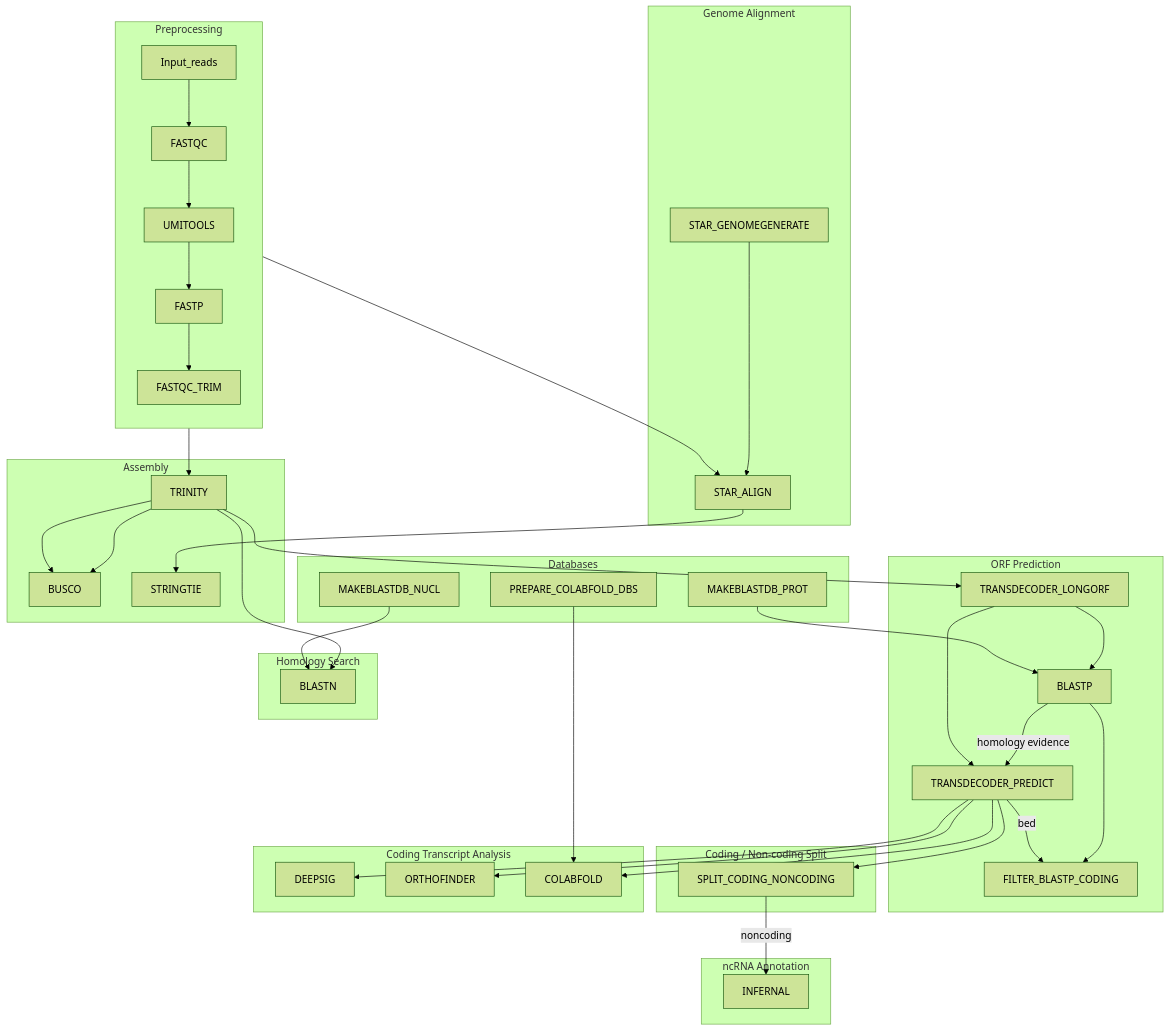
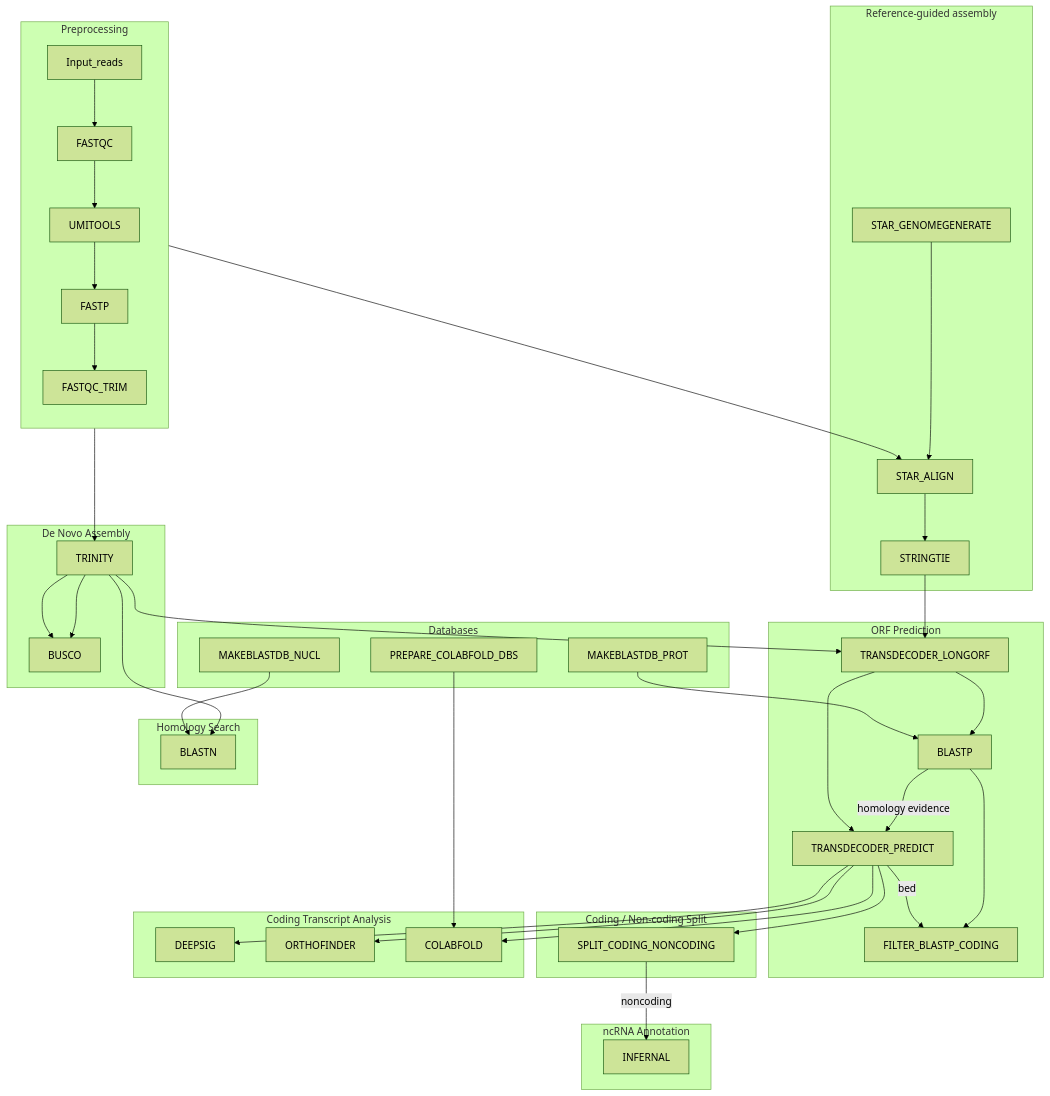
One commit to EPegueroS/transcriptassembler changed the diagram in README.md. Above: the diagram before and after it, drawn with Mermaid (forest theme).

Commit message:
updated readme diagram

````diff
--- a/README.md
+++ b/README.md
@@ -22,71 +22,71 @@
 ```mermaid
 graph TD;
     subgraph PRE["Preprocessing"]
         direction TB
         Input_reads --> FASTQC --> UMITOOLS --> FASTP --> FASTQC_TRIM
     end
 
-    subgraph ASSEMBLY["Assembly"]
+    subgraph DENOVOASSEMBLY["De Novo Assembly"]
         TRINITY
         BUSCO
-        STRINGTIE
         TRINITY --> BUSCO
     end
 
     subgraph ORF["ORF Prediction"]
         TRANSDECODER_LONGORF --> BLASTP
         BLASTP -->|homology evidence| TRANSDECODER_PREDICT
         TRANSDECODER_LONGORF --> TRANSDECODER_PREDICT
         BLASTP --> FILTER_BLASTP_CODING
         TRANSDECODER_PREDICT -->|bed| FILTER_BLASTP_CODING
     end
 
     subgraph SPLIT["Coding / Non-coding Split"]
         SPLIT_CODING_NONCODING
     end
 
     subgraph NCRNA["ncRNA Annotation"]
         INFERNAL
     end
 
     subgraph CODING["Coding Transcript Analysis"]
         DEEPSIG
         ORTHOFINDER
         COLABFOLD
     end
 
     subgraph HOMOLOGY["Homology Search"]
         BLASTN
     end
 
-    subgraph ALIGNMENT["Genome Alignment"]
+    subgraph GUIDED_ASSEMBLY["Reference-guided assembly"]
         STAR_GENOMEGENERATE --> STAR_ALIGN
         STAR_ALIGN --> STRINGTIE
+        STRINGTIE --> TRANSDECODER_LONGORF
     end
 
     subgraph DBS["Databases"]
         MAKEBLASTDB_PROT
         MAKEBLASTDB_NUCL
         PREPARE_COLABFOLD_DBS
     end
 
     %% Cross-subgraph edges
     FASTQC_TRIM --> TRINITY
     FASTP --> STAR_ALIGN
 
     TRINITY --> TRANSDECODER_LONGORF
     TRINITY --> BUSCO
     TRINITY --> BLASTN
 
     MAKEBLASTDB_PROT --> BLASTP
     MAKEBLASTDB_NUCL --> BLASTN
 
     TRANSDECODER_PREDICT --> SPLIT_CODING_NONCODING
     TRANSDECODER_PREDICT --> DEEPSIG
     TRANSDECODER_PREDICT --> ORTHOFINDER
     TRANSDECODER_PREDICT --> COLABFOLD
 
     SPLIT_CODING_NONCODING -->|noncoding| INFERNAL
 
     PREPARE_COLABFOLD_DBS --> COLABFOLD
 ```
````
